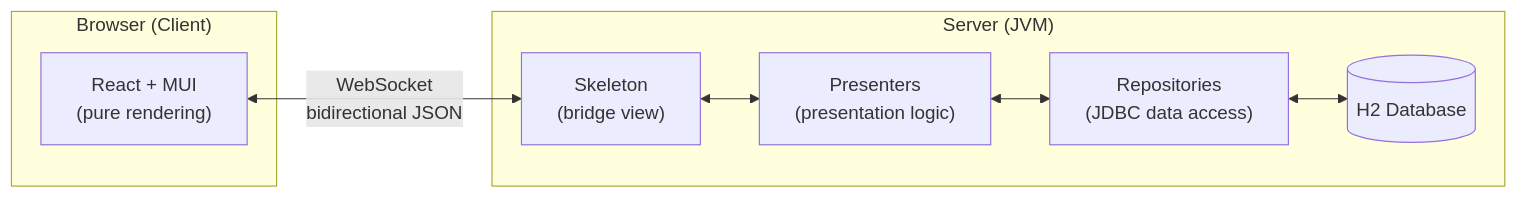
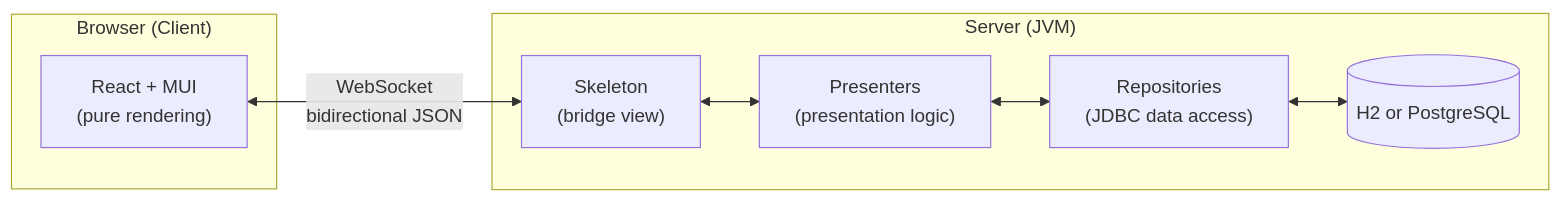
Before and after one commit to mrcdom/wdc-cube-kotlin: the first of 9 diagrams in docs/architecture-react.md, drawn with Mermaid. The commit also changed other lines of this file and 35 other files, not shown here.

````diff
--- a/docs/architecture-react.md
+++ b/docs/architecture-react.md
@@ -25,18 +25,18 @@
 ```mermaid
 graph LR
     subgraph "Browser (Client)"
         REACT["React + MUI<br/>(pure rendering)"]
     end
 
     subgraph "Server (JVM)"
         SKEL["Skeleton<br/>(bridge view)"]
         PRES["Presenters<br/>(presentation logic)"]
         REPO["Repositories<br/>(JDBC data access)"]
-        DB[(H2 Database)]
+        DB[(H2 or PostgreSQL)]
     end
 
     REACT <-->|"WebSocket<br/>bidirectional JSON"| SKEL
     SKEL <--> PRES
     PRES <--> REPO
     REPO <--> DB
 ```
````
